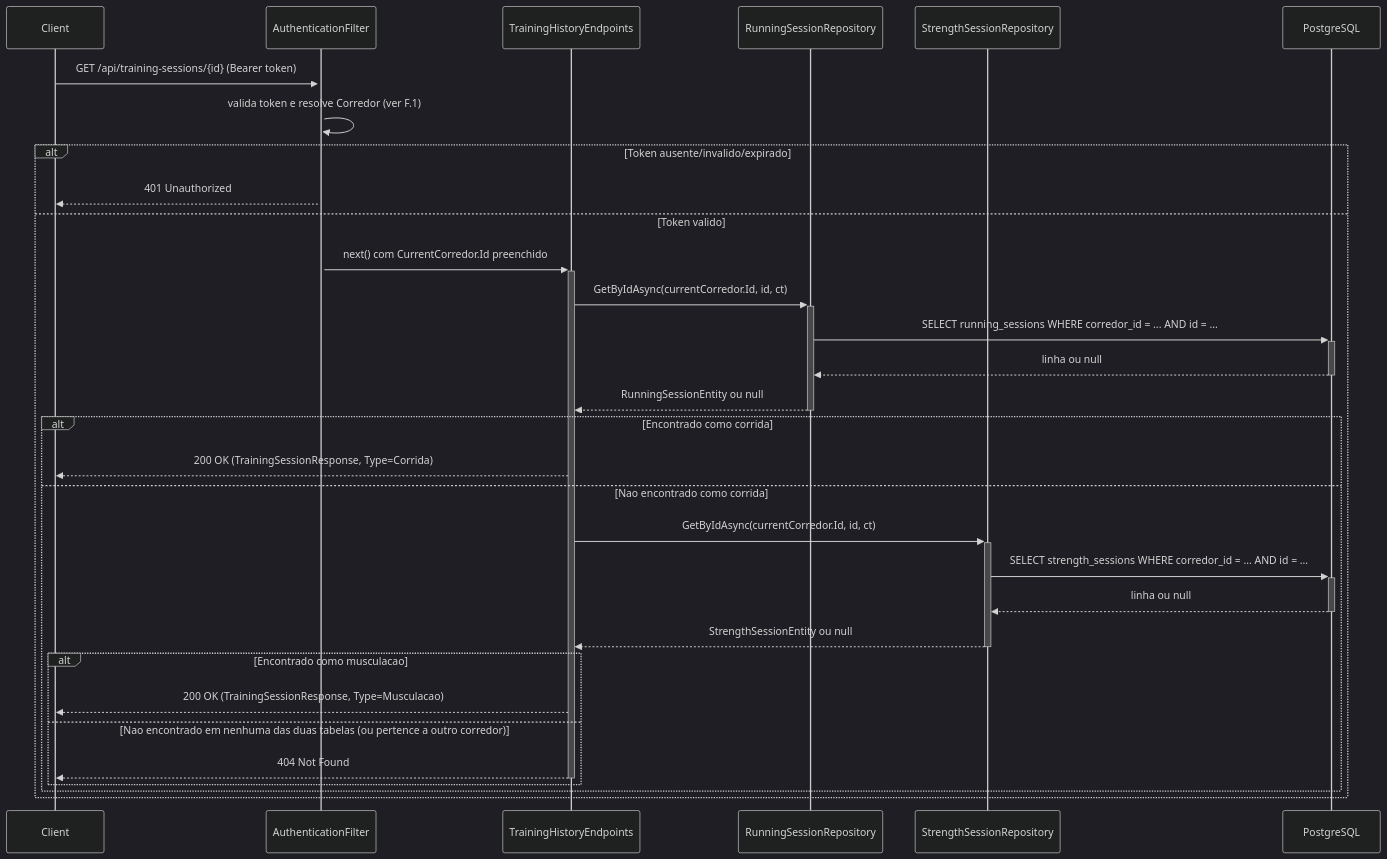
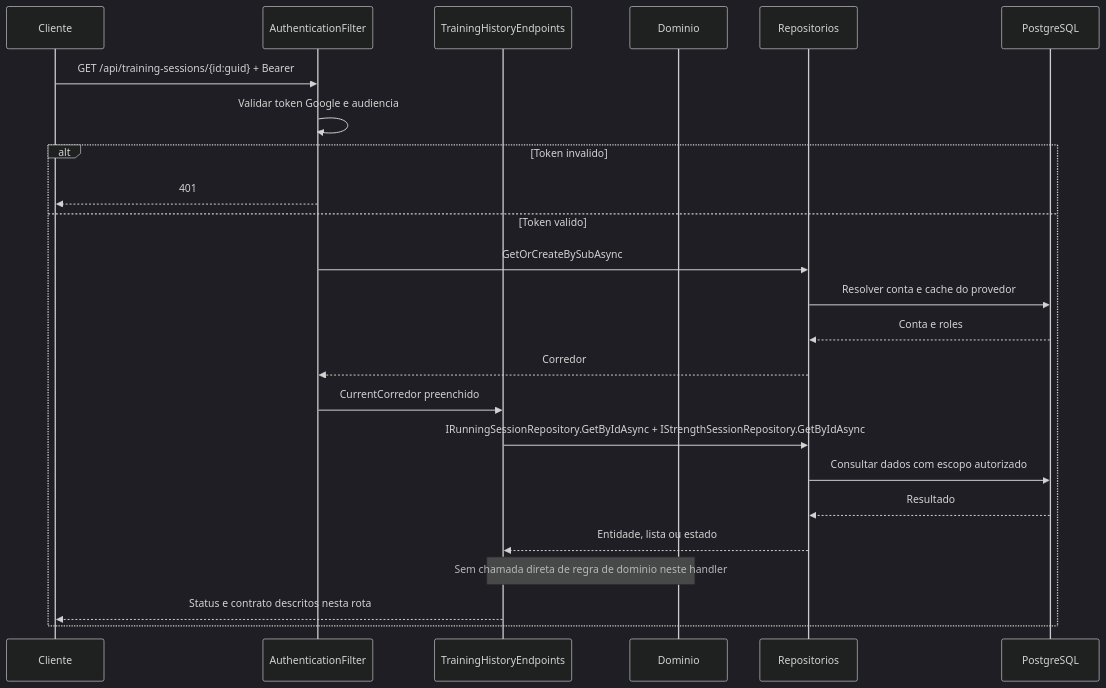
The third of 3 diagrams in DocumentAIReadme/Steady.Api/DevDocs/TrainingHistoryEndpoints-Historico-DevDocs.md (JoaoFPedro/steady-ia), drawn with Mermaid (dark theme) before and after one commit. The commit also changed other lines of this file and 318 other files, not shown here.

````diff
--- a/DocumentAIReadme/Steady.Api/DevDocs/TrainingHistoryEndpoints-Historico-DevDocs.md
+++ b/DocumentAIReadme/Steady.Api/DevDocs/TrainingHistoryEndpoints-Historico-DevDocs.md
@@ -158,34 +164,26 @@
 ```mermaid
 sequenceDiagram
-    participant Client
+    participant Client as Cliente
     participant AuthenticationFilter
     participant Endpoint as TrainingHistoryEndpoints
-    participant RunningRepo as RunningSessionRepository
-    participant StrengthRepo as StrengthSessionRepository
+    participant Domain as Dominio
+    participant Repository as Repositorios
     participant Database as PostgreSQL
-
-    Client->>+AuthenticationFilter: GET /api/training-sessions/{id} (Bearer token)
-    AuthenticationFilter->>AuthenticationFilter: valida token e resolve Corredor (ver F.1)
-    alt Token ausente/invalido/expirado
-        AuthenticationFilter-->>Client: 401 Unauthorized
+    Client->>AuthenticationFilter: GET /api/training-sessions/{id:guid} + Bearer
+    AuthenticationFilter->>AuthenticationFilter: Validar token Google e audiencia
+    alt Token invalido
+        AuthenticationFilter-->>Client: 401
     else Token valido
-        AuthenticationFilter->>+Endpoint: next() com CurrentCorredor.Id preenchido
-        Endpoint->>+RunningRepo: GetByIdAsync(currentCorredor.Id, id, ct)
-        RunningRepo->>+Database: SELECT running_sessions WHERE corredor_id = ... AND id = ...
-        Database-->>-RunningRepo: linha ou null
-        RunningRepo-->>-Endpoint: RunningSessionEntity ou null
-        alt Encontrado como corrida
-            Endpoint-->>Client: 200 OK (TrainingSessionResponse, Type=Corrida)
-        else Nao encontrado como corrida
-            Endpoint->>+StrengthRepo: GetByIdAsync(currentCorredor.Id, id, ct)
-            StrengthRepo->>+Database: SELECT strength_sessions WHERE corredor_id = ... AND id = ...
-            Database-->>-StrengthRepo: linha ou null
-            StrengthRepo-->>-Endpoint: StrengthSessionEntity ou null
-            alt Encontrado como musculacao
-                Endpoint-->>Client: 200 OK (TrainingSessionResponse, Type=Musculacao)
-            else Nao encontrado em nenhuma das duas tabelas (ou pertence a outro corredor)
-                Endpoint-->>-Client: 404 Not Found
-            end
-        end
+        AuthenticationFilter->>Repository: GetOrCreateBySubAsync
+        Repository->>Database: Resolver conta e cache do provedor
+        Database-->>Repository: Conta e roles
+        Repository-->>AuthenticationFilter: Corredor
+        AuthenticationFilter->>Endpoint: CurrentCorredor preenchido
+        Endpoint->>Repository: IRunningSessionRepository.GetByIdAsync + IStrengthSessionRepository.GetByIdAsync
+        Repository->>Database: Consultar dados com escopo autorizado
+        Database-->>Repository: Resultado
+        Repository-->>Endpoint: Entidade, lista ou estado
+        Note over Endpoint,Domain: Sem chamada direta de regra de dominio neste handler
+        Endpoint-->>Client: Status e contrato descritos nesta rota
     end
 ```
````
